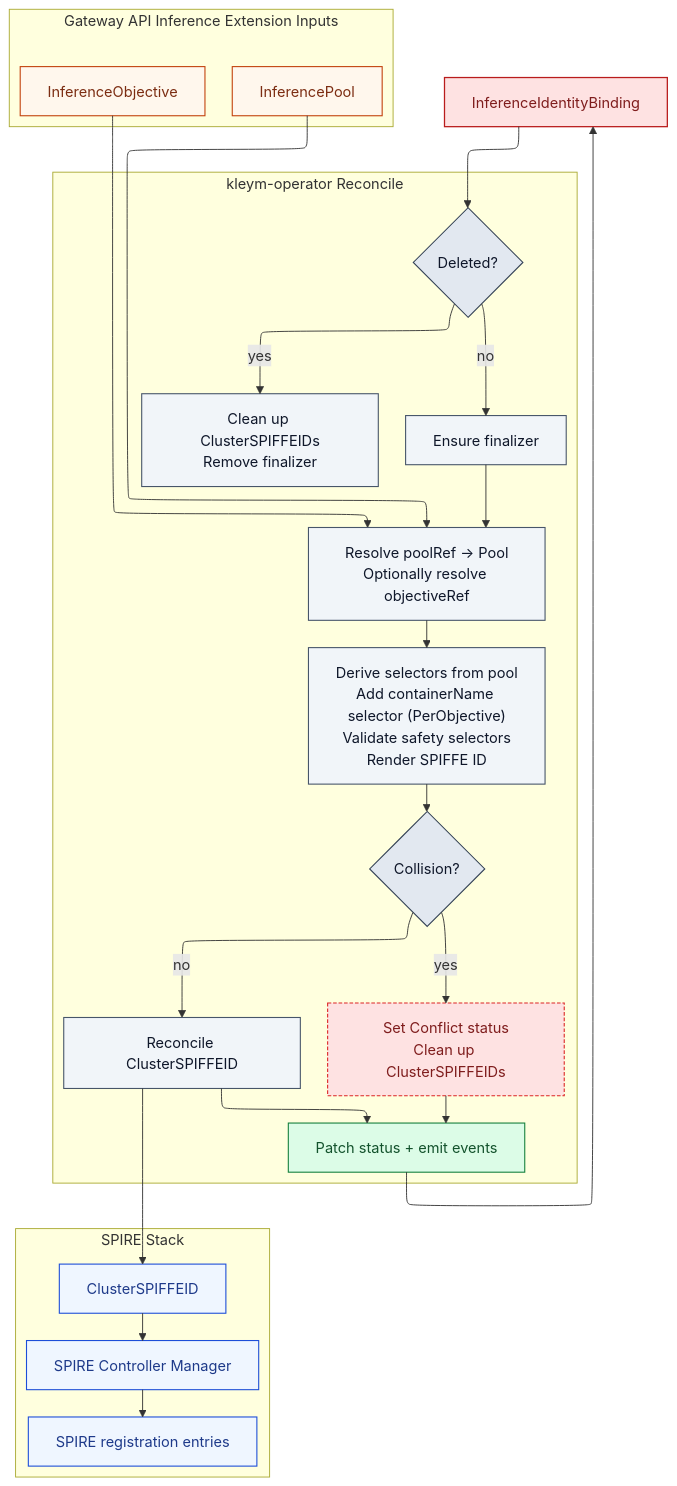
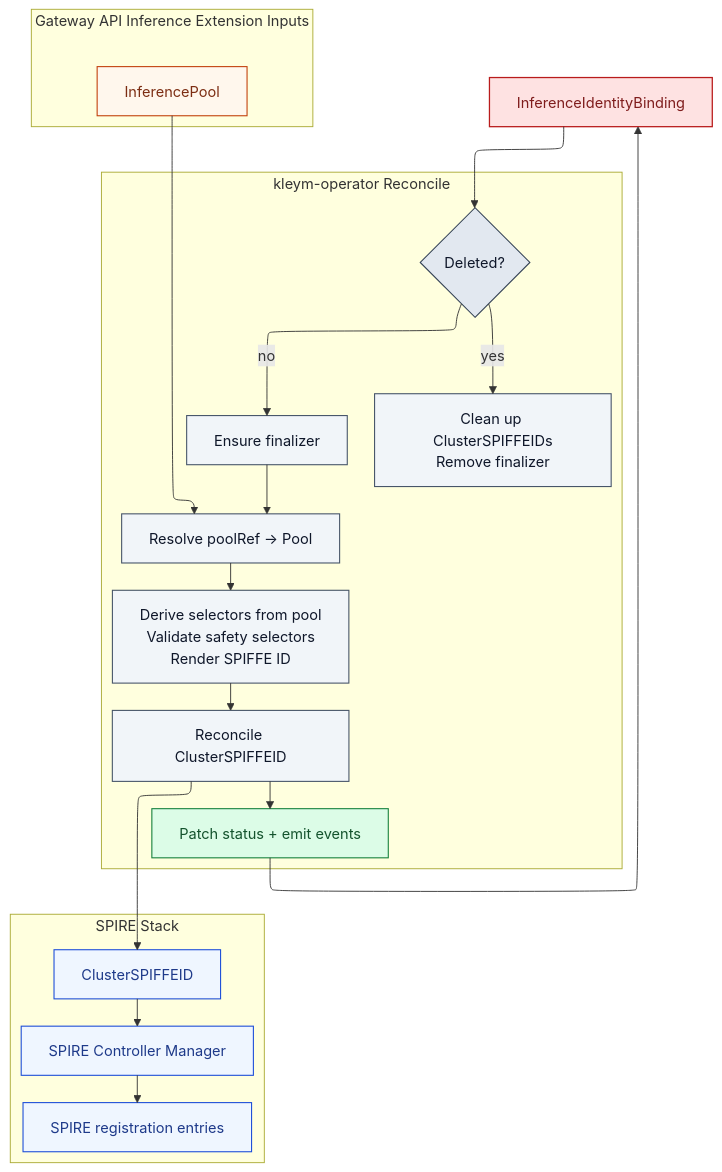
Before and after one commit to sonda-red/kleym: the diagram in README.md, drawn with Mermaid. The commit also changed other lines of this file and 24 other files, not shown here.

First line of the commit message:
docs: align GAIE docs with pool-only contract (#245)

````diff
--- a/README.md
+++ b/README.md
@@ -117,57 +117,51 @@
 ```mermaid
 ---
 config:
   layout: elk
 ---
 flowchart TD
     B["InferenceIdentityBinding"]
 
     subgraph GAIE["Gateway API Inference Extension Inputs"]
-        O["InferenceObjective"]
         P["InferencePool"]
     end
 
     subgraph Reconcile["kleym-operator Reconcile"]
         D1{"Deleted?"}
         D1Y["Clean up ClusterSPIFFEIDs\nRemove finalizer"]
         F["Ensure finalizer"]
-        RESOLVE["Resolve poolRef → Pool\nOptionally resolve objectiveRef"]
-        RENDER["Derive selectors from pool\nAdd containerName selector (PerObjective)\nValidate safety selectors\nRender SPIFFE ID"]
-        COL{"Collision?"}
-        COLY["Set Conflict status\nClean up ClusterSPIFFEIDs"]
+        RESOLVE["Resolve poolRef → Pool"]
+        RENDER["Derive selectors from pool\nValidate safety selectors\nRender SPIFFE ID"]
         APPLY["Reconcile ClusterSPIFFEID"]
         STATUS["Patch status + emit events"]
     end
 
     subgraph SPIRE["SPIRE Stack"]
         CS["ClusterSPIFFEID"]
         SCM["SPIRE Controller Manager"]
         SR["SPIRE registration entries"]
     end
 
     B --> D1
     D1 -->|yes| D1Y
     D1 -->|no| F --> RESOLVE
-    O & P --> RESOLVE
-    RESOLVE --> RENDER --> COL
-    COL -->|yes| COLY --> STATUS
-    COL -->|no| APPLY --> STATUS
+    P --> RESOLVE
+    RESOLVE --> RENDER --> APPLY --> STATUS
     APPLY --> CS --> SCM --> SR
     STATUS --> B
 
     classDef binding fill:#fee2e2,stroke:#b91c1c,color:#7f1d1d,stroke-width:1.4px
     classDef gaie fill:#fff7ed,stroke:#c2410c,color:#7c2d12,stroke-width:1.2px
     classDef controller fill:#f1f5f9,stroke:#475569,color:#0f172a,stroke-width:1.2px
     classDef gate fill:#e2e8f0,stroke:#334155,color:#0f172a,stroke-width:1.2px
     classDef status fill:#dcfce7,stroke:#15803d,color:#14532d,stroke-width:1.2px
     classDef warning fill:#fee2e2,stroke:#dc2626,color:#7f1d1d,stroke-width:1.2px,stroke-dasharray:4 2
     classDef spire fill:#eff6ff,stroke:#1d4ed8,color:#1e3a8a,stroke-width:1.2px
 
     class B binding
-    class O,P gaie
-    class D1,COL gate
+    class P gaie
+    class D1 gate
     class D1Y,F,RESOLVE,RENDER,APPLY controller
     class STATUS status
-    class COLY warning
     class CS,SCM,SR spire
 ```
````
